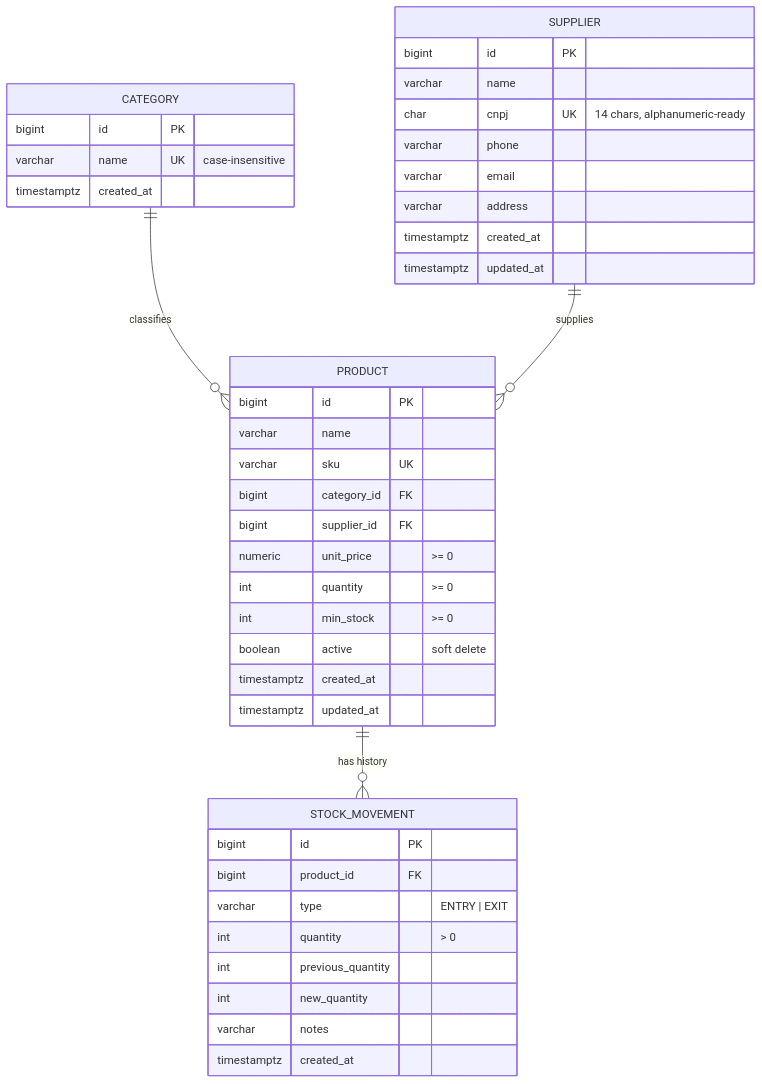
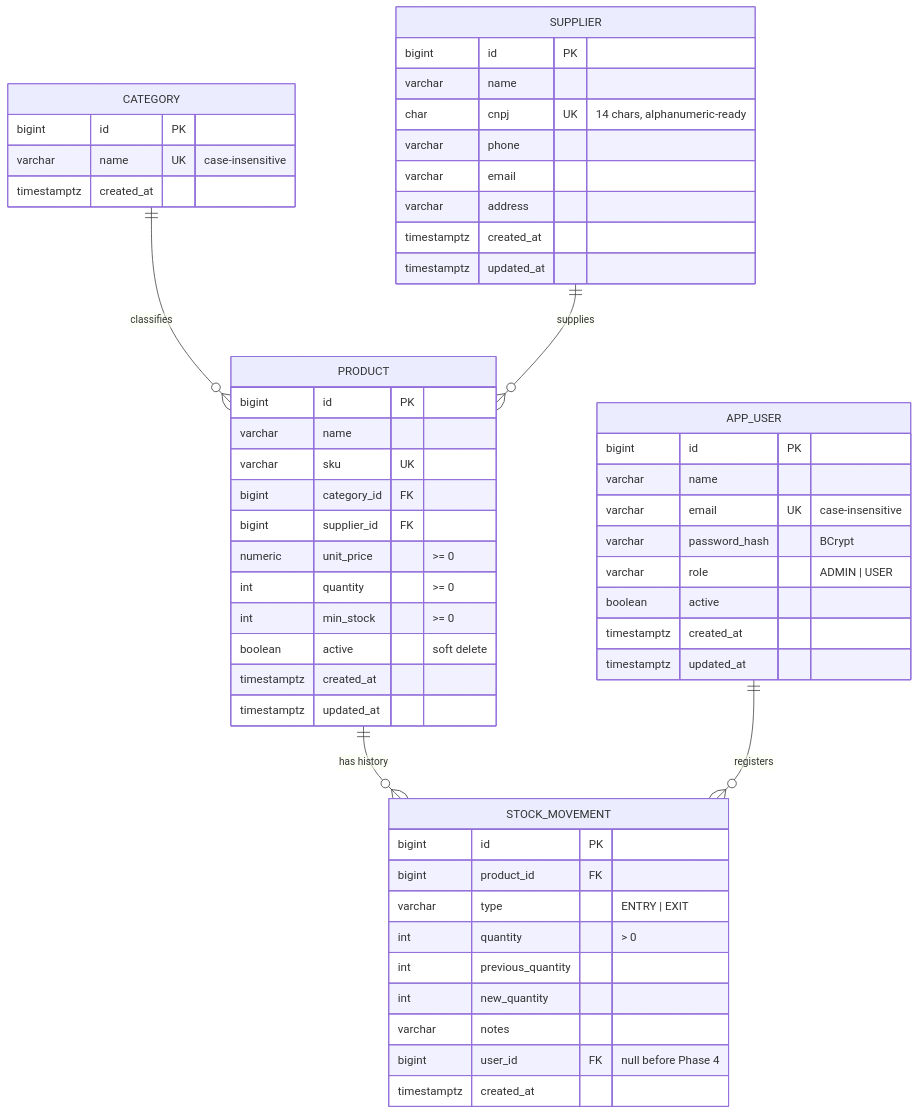
Before and after one commit to sknpz/dismar_stock: the diagram in README.md, drawn with Mermaid. The commit also changed other lines of this file, not shown here.

````diff
--- a/README.md
+++ b/README.md
@@ -274,45 +310,57 @@
 ```mermaid
 erDiagram
     CATEGORY ||--o{ PRODUCT : classifies
     SUPPLIER ||--o{ PRODUCT : supplies
     PRODUCT  ||--o{ STOCK_MOVEMENT : "has history"
+    APP_USER ||--o{ STOCK_MOVEMENT : registers
 
     CATEGORY {
         bigint id PK
         varchar name UK "case-insensitive"
         timestamptz created_at
     }
     SUPPLIER {
         bigint id PK
         varchar name
         char cnpj UK "14 chars, alphanumeric-ready"
         varchar phone
         varchar email
         varchar address
         timestamptz created_at
         timestamptz updated_at
     }
     PRODUCT {
         bigint id PK
         varchar name
         varchar sku UK
         bigint category_id FK
         bigint supplier_id FK
         numeric unit_price ">= 0"
         int quantity ">= 0"
         int min_stock ">= 0"
         boolean active "soft delete"
         timestamptz created_at
         timestamptz updated_at
     }
     STOCK_MOVEMENT {
         bigint id PK
         bigint product_id FK
         varchar type "ENTRY | EXIT"
         int quantity "> 0"
         int previous_quantity
         int new_quantity
         varchar notes
+        bigint user_id FK "null before Phase 4"
         timestamptz created_at
     }
+    APP_USER {
+        bigint id PK
+        varchar name
+        varchar email UK "case-insensitive"
+        varchar password_hash "BCrypt"
+        varchar role "ADMIN | USER"
+        boolean active
+        timestamptz created_at
+        timestamptz updated_at
+    }
 ```
````
